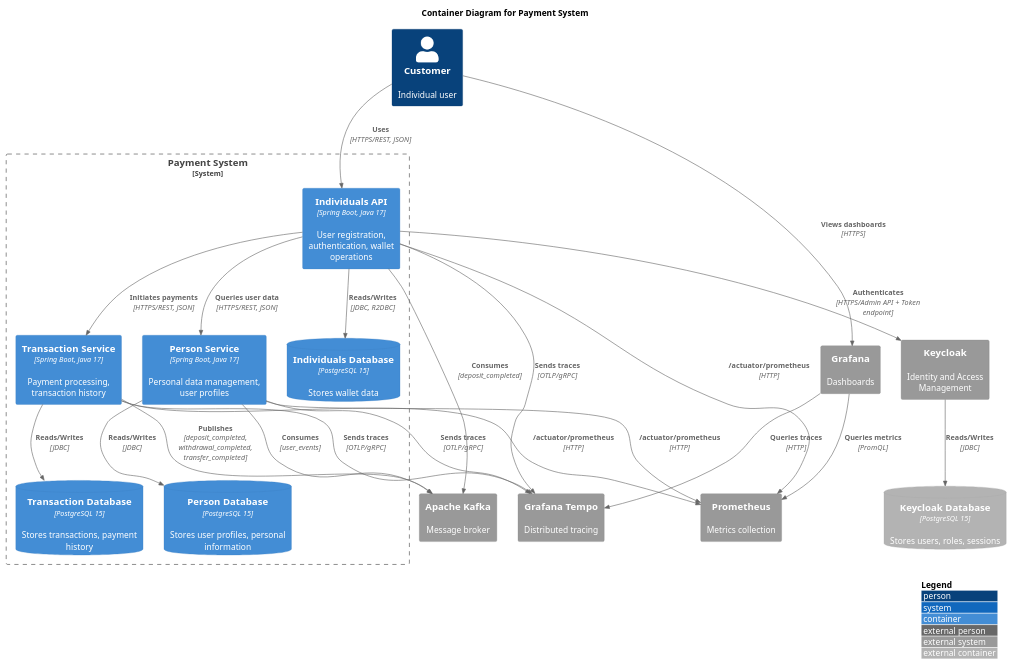
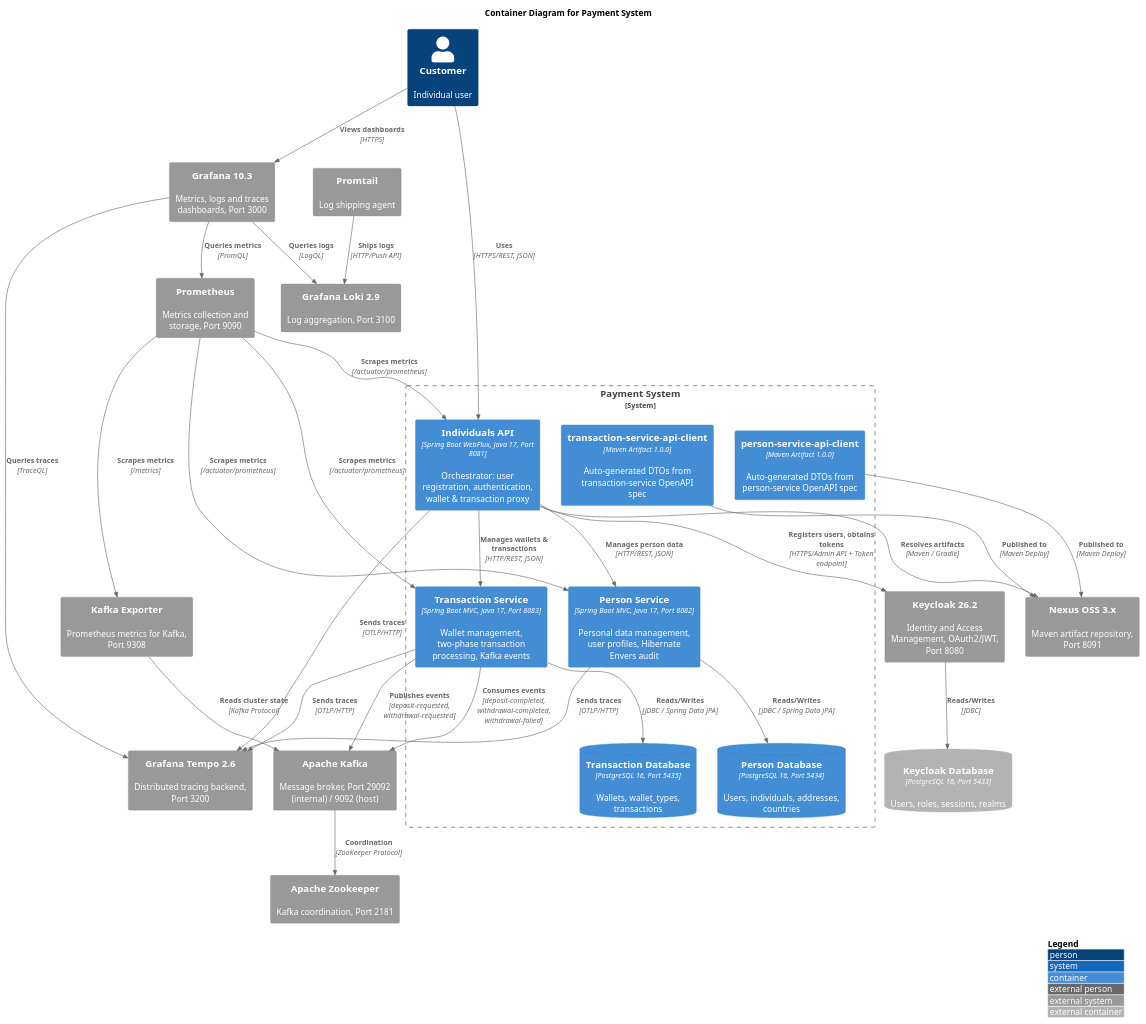
The diagram in docs/architecture/diagrams/container.puml (strel4k/payment-system), drawn with PlantUML before and after one commit. The commit also changed 33 other files, not shown here.

```diff
--- a/docs/architecture/diagrams/container.puml
+++ b/docs/architecture/diagrams/container.puml
@@ -1,69 +1,90 @@
 @startuml Payment System - C4 Container Diagram
 
 !include https://raw.githubusercontent.com/plantuml-stdlib/C4-PlantUML/master/C4_Container.puml
 
 LAYOUT_WITH_LEGEND()
 
 title Container Diagram for Payment System
 
 Person(customer, "Customer", "Individual user")
 
 System_Boundary(payment_system, "Payment System") {
 
-    Container(individuals_api, "Individuals API", "Spring Boot, Java 17", "User registration, authentication, wallet operations")
-    Container(person_service, "Person Service", "Spring Boot, Java 17", "Personal data management, user profiles")
-    Container(transaction_service, "Transaction Service", "Spring Boot, Java 17", "Payment processing, transaction history")
+    Container(individuals_api, "Individuals API", "Spring Boot WebFlux, Java 17, Port 8081", "Orchestrator: user registration, authentication, wallet & transaction proxy")
+    Container(person_service, "Person Service", "Spring Boot MVC, Java 17, Port 8082", "Personal data management, user profiles, Hibernate Envers audit")
+    Container(transaction_service, "Transaction Service", "Spring Boot MVC, Java 17, Port 8083", "Wallet management, two-phase transaction processing, Kafka events")
 
-    ContainerDb(individuals_db, "Individuals Database", "PostgreSQL 15", "Stores wallet data")
-    ContainerDb(person_db, "Person Database", "PostgreSQL 15", "Stores user profiles, personal information")
-    ContainerDb(transaction_db, "Transaction Database", "PostgreSQL 15", "Stores transactions, payment history")
+    ContainerDb(person_db, "Person Database", "PostgreSQL 16, Port 5434", "Users, individuals, addresses, countries")
+    ContainerDb(transaction_db, "Transaction Database", "PostgreSQL 16, Port 5435", "Wallets, wallet_types, transactions")
+
+    Container(person_api_client, "person-service-api-client", "Maven Artifact 1.0.0", "Auto-generated DTOs from person-service OpenAPI spec")
+    Container(transaction_api_client, "transaction-service-api-client", "Maven Artifact 1.0.0", "Auto-generated DTOs from transaction-service OpenAPI spec")
 }
 
-System_Ext(keycloak, "Keycloak", "Identity and Access Management")
-ContainerDb_Ext(keycloak_db, "Keycloak Database", "PostgreSQL 15", "Stores users, roles, sessions")
+System_Ext(keycloak, "Keycloak 26.2", "Identity and Access Management, OAuth2/JWT, Port 8080")
+ContainerDb_Ext(keycloak_db, "Keycloak Database", "PostgreSQL 16, Port 5433", "Users, roles, sessions, realms")
 
-System_Ext(kafka, "Apache Kafka", "Message broker")
-System_Ext(tempo, "Grafana Tempo", "Distributed tracing")
-System_Ext(prometheus, "Prometheus", "Metrics collection")
-System_Ext(grafana, "Grafana", "Dashboards")
+System_Ext(kafka, "Apache Kafka", "Message broker, Port 29092 (internal) / 9092 (host)")
+System_Ext(zookeeper, "Apache Zookeeper", "Kafka coordination, Port 2181")
+System_Ext(kafka_exporter, "Kafka Exporter", "Prometheus metrics for Kafka, Port 9308")
+
+System_Ext(nexus, "Nexus OSS 3.x", "Maven artifact repository, Port 8091")
+
+System_Ext(prometheus, "Prometheus", "Metrics collection and storage, Port 9090")
+System_Ext(grafana, "Grafana 10.3", "Metrics, logs and traces dashboards, Port 3000")
+System_Ext(loki, "Grafana Loki 2.9", "Log aggregation, Port 3100")
+System_Ext(promtail, "Promtail", "Log shipping agent")
+System_Ext(tempo, "Grafana Tempo 2.6", "Distributed tracing backend, Port 3200")
 
 ' User interactions
 Rel(customer, individuals_api, "Uses", "HTTPS/REST, JSON")
 
-' API Gateway pattern
-Rel(individuals_api, person_service, "Queries user data", "HTTPS/REST, JSON")
-Rel(individuals_api, transaction_service, "Initiates payments", "HTTPS/REST, JSON")
+' API Gateway / BFF pattern
+Rel(individuals_api, person_service, "Manages person data", "HTTP/REST, JSON")
+Rel(individuals_api, transaction_service, "Manages wallets & transactions", "HTTP/REST, JSON")
 
 ' Authentication
-Rel(individuals_api, keycloak, "Authenticates", "HTTPS/Admin API + Token endpoint")
+Rel(individuals_api, keycloak, "Registers users, obtains tokens", "HTTPS/Admin API + Token endpoint")
 Rel(keycloak, keycloak_db, "Reads/Writes", "JDBC")
 
 ' Database connections
-Rel(individuals_api, individuals_db, "Reads/Writes", "JDBC, R2DBC")
-Rel(person_service, person_db, "Reads/Writes", "JDBC")
-Rel(transaction_service, transaction_db, "Reads/Writes", "JDBC")
+Rel(person_service, person_db, "Reads/Writes", "JDBC / Spring Data JPA")
+Rel(transaction_service, transaction_db, "Reads/Writes", "JDBC / Spring Data JPA")
 
-' Event-driven communication
-Rel(transaction_service, kafka, "Publishes", "deposit_completed,\nwithdrawal_completed,\ntransfer_completed")
-Rel(person_service, kafka, "Consumes", "user_events")
-Rel(individuals_api, kafka, "Consumes", "deposit_completed")
+' Kafka
+Rel(transaction_service, kafka, "Publishes events", "deposit-requested, withdrawal-requested")
+Rel(transaction_service, kafka, "Consumes events", "deposit-completed, withdrawal-completed, withdrawal-failed")
+Rel(kafka, zookeeper, "Coordination", "ZooKeeper Protocol")
 
-' Observability
-Rel(individuals_api, tempo, "Sends traces", "OTLP/gRPC")
-Rel(person_service, tempo, "Sends traces", "OTLP/gRPC")
-Rel(transaction_service, tempo, "Sends traces", "OTLP/gRPC")
+' Nexus
+Rel(person_api_client, nexus, "Published to", "Maven Deploy")
+Rel(transaction_api_client, nexus, "Published to", "Maven Deploy")
+Rel(individuals_api, nexus, "Resolves artifacts", "Maven / Gradle")
 
-Rel(individuals_api, prometheus, "/actuator/prometheus", "HTTP")
-Rel(person_service, prometheus, "/actuator/prometheus", "HTTP")
-Rel(transaction_service, prometheus, "/actuator/prometheus", "HTTP")
+' Observability - traces
+Rel(individuals_api, tempo, "Sends traces", "OTLP/HTTP")
+Rel(person_service, tempo, "Sends traces", "OTLP/HTTP")
+Rel(transaction_service, tempo, "Sends traces", "OTLP/HTTP")
 
-Rel(grafana, tempo, "Queries traces", "HTTP")
+' Observability - metrics
+Rel(prometheus, individuals_api, "Scrapes metrics", "/actuator/prometheus")
+Rel(prometheus, person_service, "Scrapes metrics", "/actuator/prometheus")
+Rel(prometheus, transaction_service, "Scrapes metrics", "/actuator/prometheus")
+Rel(prometheus, kafka_exporter, "Scrapes metrics", "/metrics")
+Rel(kafka_exporter, kafka, "Reads cluster state", "Kafka Protocol")
+
+' Observability - logs
+Rel(promtail, loki, "Ships logs", "HTTP/Push API")
+
+' Grafana data sources
 Rel(grafana, prometheus, "Queries metrics", "PromQL")
+Rel(grafana, loki, "Queries logs", "LogQL")
+Rel(grafana, tempo, "Queries traces", "TraceQL")
 Rel(customer, grafana, "Views dashboards", "HTTPS")
 
 ' Layout hints
 Lay_D(customer, individuals_api)
 Lay_R(individuals_api, person_service)
 Lay_R(person_service, transaction_service)
 
 @enduml
```
